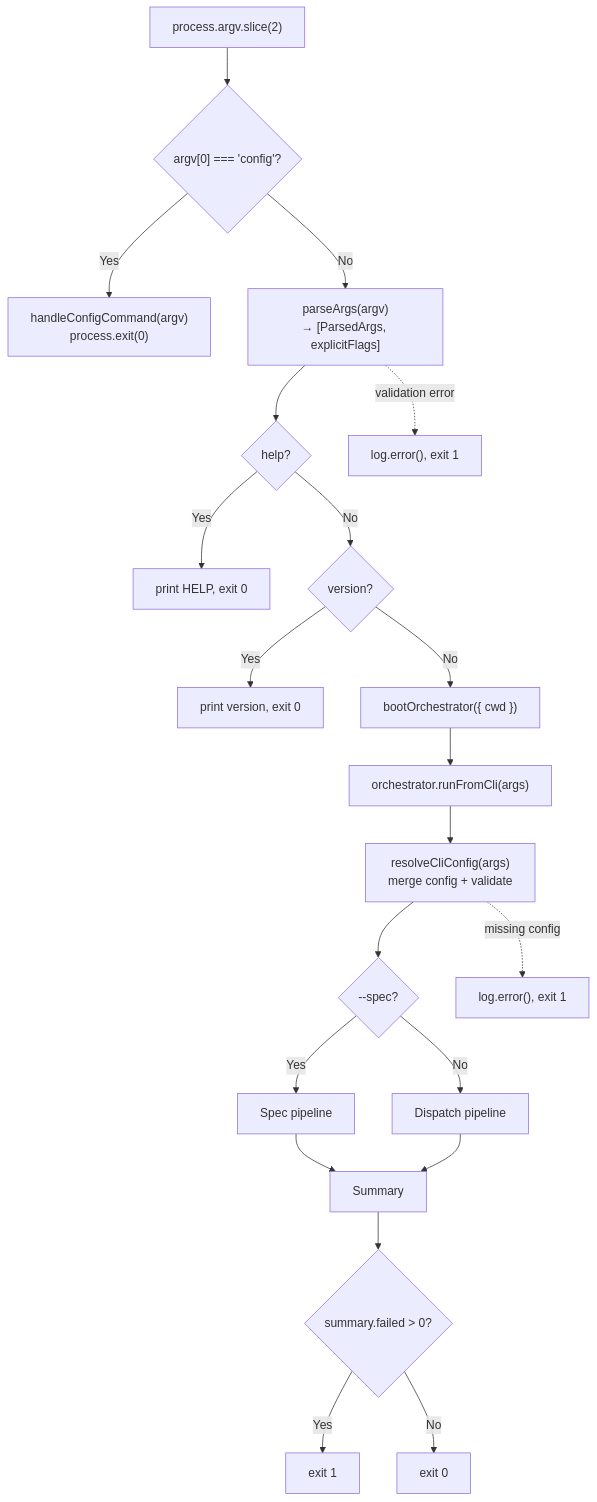
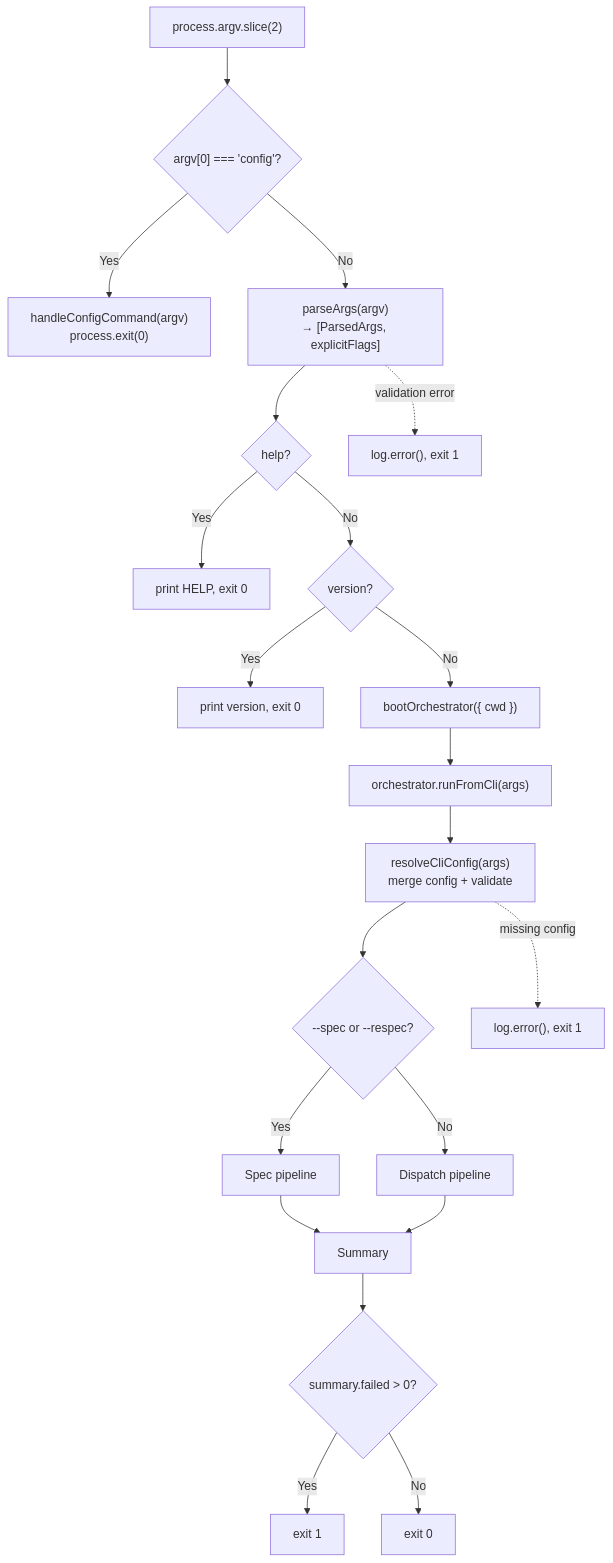
Before and after one commit to PatrickRuddiman/Dispatch: the second of 2 diagrams in docs/cli-orchestration/cli.md, drawn with Mermaid. The commit also changed other lines of this file and 5 other files, not shown here.

````diff
--- a/docs/cli-orchestration/cli.md
+++ b/docs/cli-orchestration/cli.md
@@ -353,23 +389,23 @@
 ```mermaid
 flowchart TD
     A["process.argv.slice(2)"] --> B{"argv[0] === 'config'?"}
     B -->|Yes| C["handleConfigCommand(argv)<br/>process.exit(0)"]
     B -->|No| D["parseArgs(argv)<br/>→ [ParsedArgs, explicitFlags]"]
     D --> E{"help?"}
     E -->|Yes| F["print HELP, exit 0"]
     E -->|No| G{"version?"}
     G -->|Yes| H["print version, exit 0"]
     G -->|No| I["bootOrchestrator({ cwd })"]
     I --> J["orchestrator.runFromCli(args)"]
     J --> K["resolveCliConfig(args)<br/>merge config + validate"]
-    K --> L{"--spec?"}
+    K --> L{"--spec or --respec?"}
     L -->|Yes| M["Spec pipeline"]
     L -->|No| N["Dispatch pipeline"]
     M --> O["Summary"]
     N --> O
     O --> P{"summary.failed > 0?"}
     P -->|Yes| Q["exit 1"]
     P -->|No| R["exit 0"]
     D -.->|validation error| S["log.error(), exit 1"]
     K -.->|missing config| T["log.error(), exit 1"]
 ```
````
